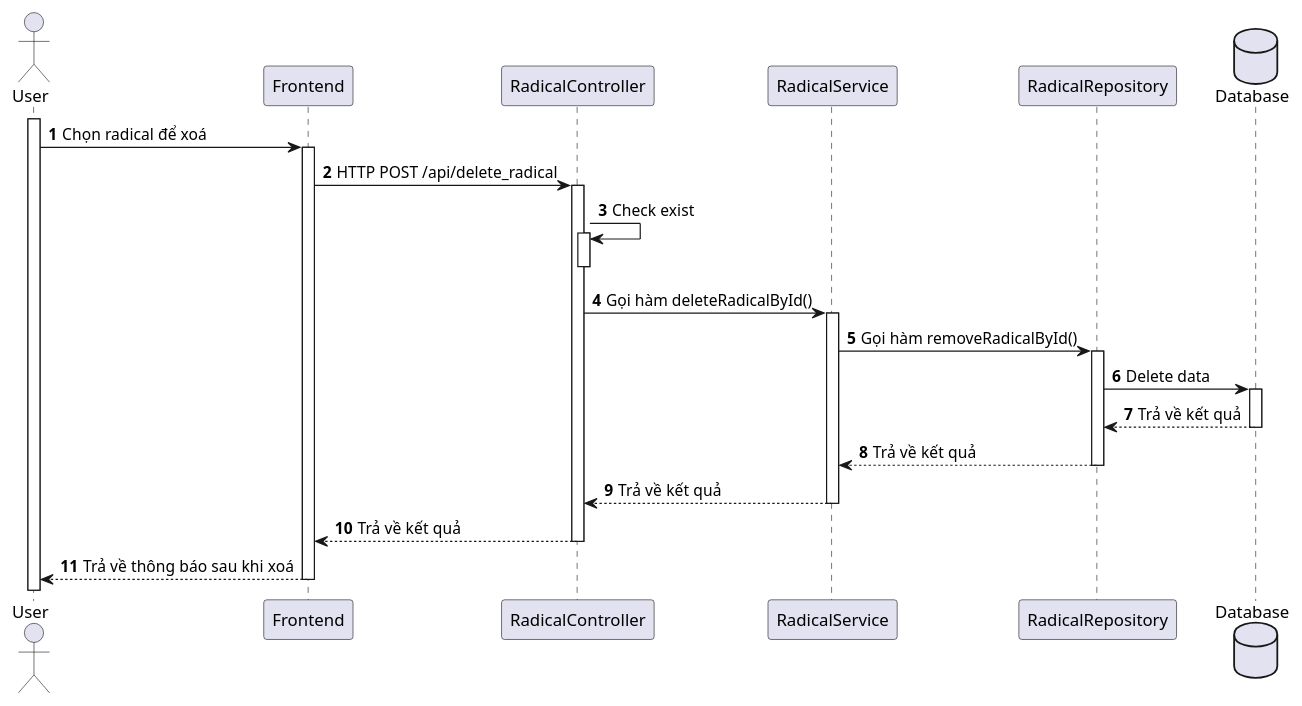
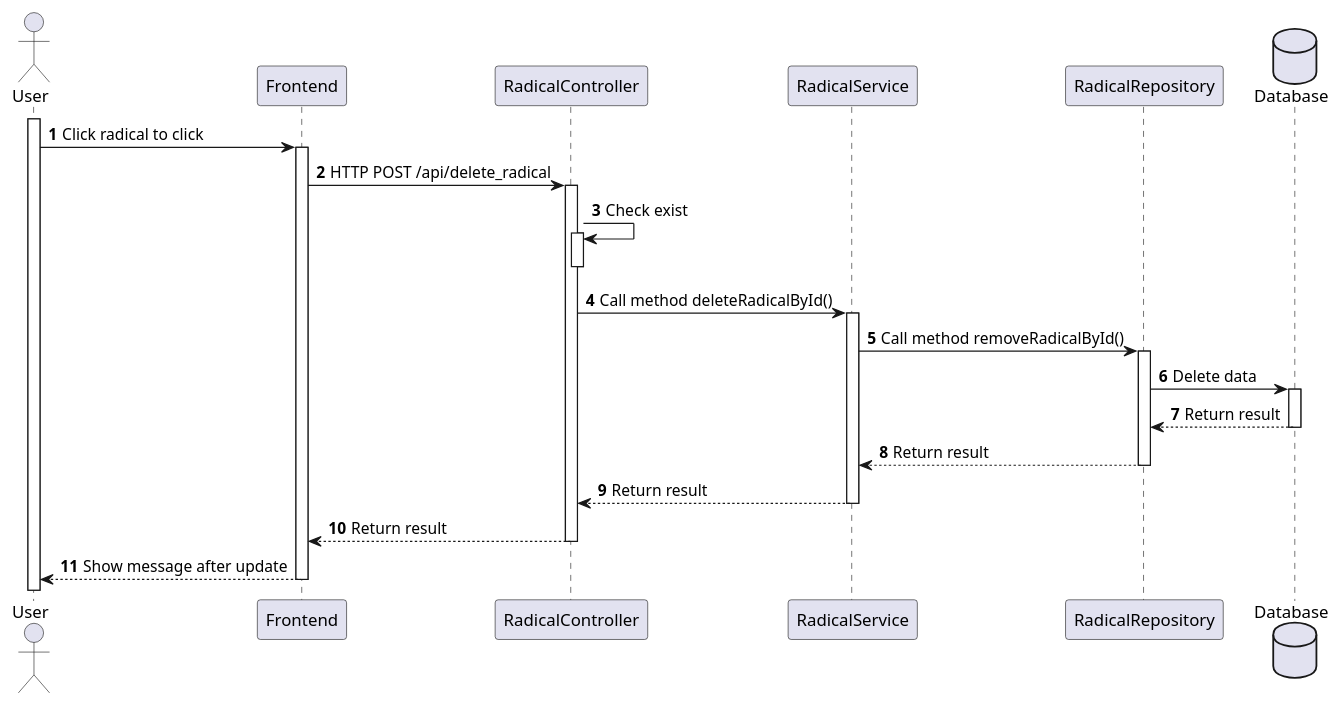
One commit to Annthe160639/japanese-app changed the diagram in japanese-app/plant_uml/Radical/[Sequence] Radical_Delete.puml. Above: the diagram before and after it, drawn with PlantUML. The commit also changed 6 other files, not shown here.

Commit message:
update sequence

```diff
--- a/japanese-app/plant_uml/Radical/[Sequence] Radical_Delete.puml
+++ b/japanese-app/plant_uml/Radical/[Sequence] Radical_Delete.puml
@@ -1,39 +1,39 @@
 @startuml
 actor User
 'participant "Homepage Activity" as Homepage
 participant "Frontend" as Frontend
 participant "RadicalController" as Controller
 participant "RadicalService" as Service
 participant "RadicalRepository" as Repository
 
 database Database
 
 '
 'Use case: Xem danh sách bộ thủ
 '
 
 activate User
 
 autonumber
-User -> Frontend++: Chọn radical để xoá
+User -> Frontend++: Click radical to click
 
 '
 'Call API get list radical category
 '
 'Homepage -> Radical++: startActivity(intent)
 Frontend -> Controller++: HTTP POST /api/delete_radical
 Controller -> Controller: Check exist
 activate Controller
 deactivate Controller
-Controller -> Service++: Gọi hàm deleteRadicalById()
-Service -> Repository++: Gọi hàm removeRadicalById()
+Controller -> Service++: Call method deleteRadicalById()
+Service -> Repository++: Call method removeRadicalById()
 Repository -> Database++: Delete data
-Database --> Repository--: Trả về kết quả
-Repository --> Service--: Trả về kết quả
-Service --> Controller--: Trả về kết quả
-Controller --> Frontend--: Trả về kết quả
+Database --> Repository--: Return result
+Repository --> Service--: Return result
+Service --> Controller--: Return result
+Controller --> Frontend--: Return result
 
-Frontend --> User--: Trả về thông báo sau khi xoá
+Frontend --> User--: Show message after update
 
 
 @enduml
```
